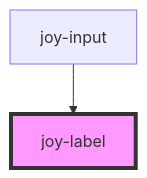
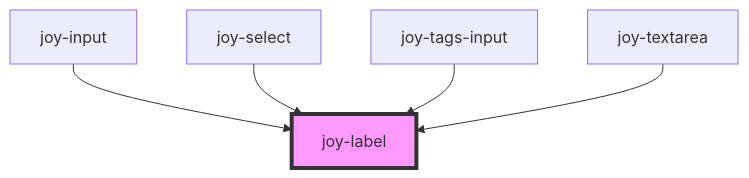
One commit to Maltcommunity/joy changed the diagram in core/src/components/label/readme.md. Above: the diagram before and after it, drawn with Mermaid. The commit also changed other lines of this file and 135 other files, not shown here.

````diff
--- a/core/src/components/label/readme.md
+++ b/core/src/components/label/readme.md
@@ -22,5 +27,8 @@
 ```mermaid
 graph TD;
   joy-input --> joy-label
+  joy-select --> joy-label
+  joy-tags-input --> joy-label
+  joy-textarea --> joy-label
   style joy-label fill:#f9f,stroke:#333,stroke-width:4px
 ```
````
